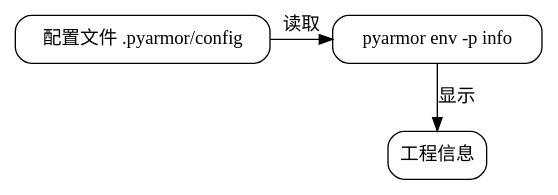
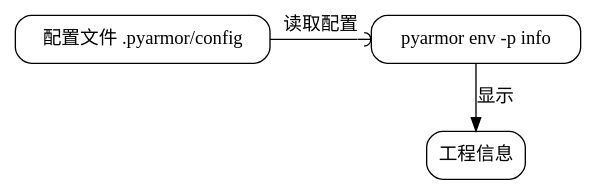
The third of 10 diagrams in pyarmor/learn/zh/commands.rst (dashingsoft/dashingsoft.github.io), drawn with Graphviz before and after one commit. The commit also changed other lines of this file, not shown here.

Commit message:
Refine graph

```diff
--- a/pyarmor/learn/zh/commands.rst
+++ b/pyarmor/learn/zh/commands.rst
@@ -73,15 +73,15 @@
 .. graphviz::
    :caption: 显示工程配置
    :align: center
    :name: g-show-project-info
 
    digraph G {
       node [shape=box, style=rounded, target="_top"]
 
       init [label="pyarmor env -p info"]
       conf [label="配置文件 .pyarmor/config"]
       info [label="工程信息"]
 
-      rank=same { conf -> init [label="读取"] }
+      rank=same { conf -> init [label="读取配置" arrowhead=curve] }
       init -> info [label="显示"]
    }
```
